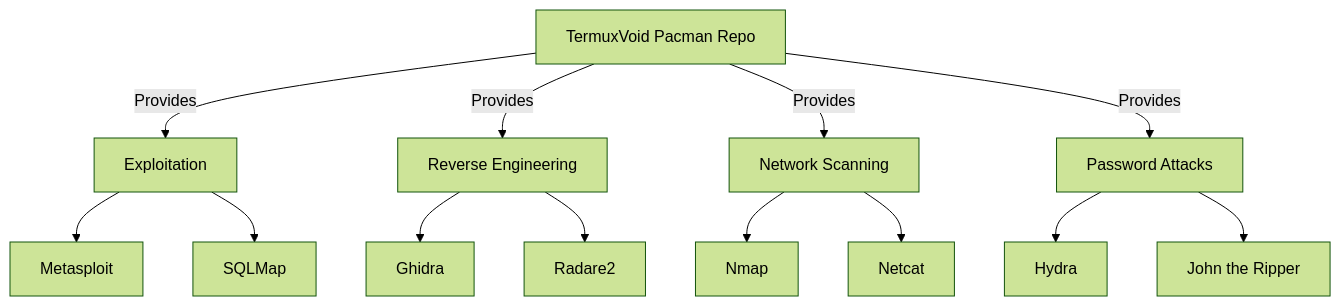
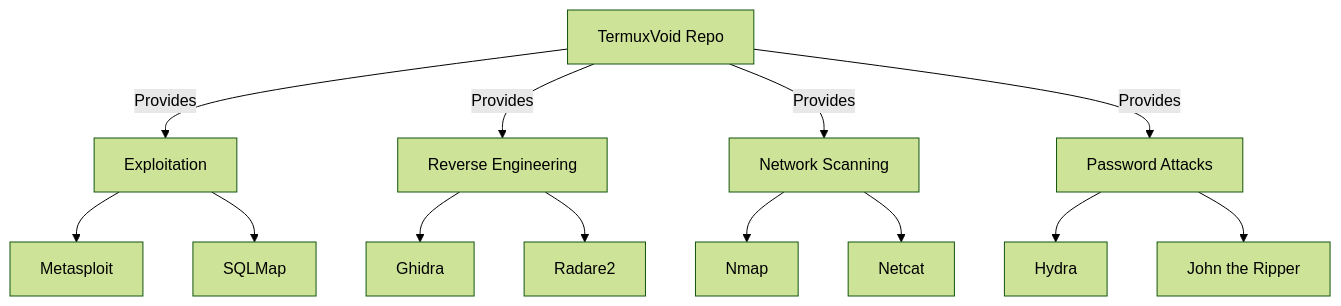
One commit to termuxvoid/pacman-repo changed the diagram in README.md. Above: the diagram before and after it, drawn with Mermaid (forest theme). The commit also changed other lines of this file and 4 other files, not shown here.

Commit message:
Add freebuff pacman port, simplify uninstall, sync README with APT repo

````diff
--- a/README.md
+++ b/README.md
@@ -112,19 +148,19 @@
 ```mermaid
 graph TD
-    A[TermuxVoid Pacman Repo] -->|Provides| B[Exploitation]
+    A[TermuxVoid Repo] -->|Provides| B[Exploitation]
     A -->|Provides| C[Reverse Engineering]
     A -->|Provides| D[Network Scanning]
     A -->|Provides| E[Password Attacks]
 
     B --> B1[Metasploit]
     B --> B2[SQLMap]
 
     C --> C1[Ghidra]
     C --> C2[Radare2]
 
     D --> D1[Nmap]
     D --> D2[Netcat]
 
     E --> E1[Hydra]
     E --> E2[John the Ripper]
 ```
````
